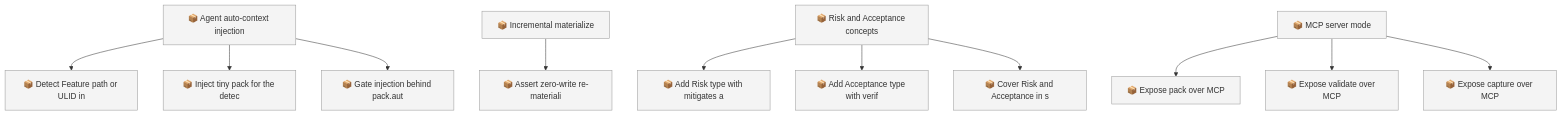
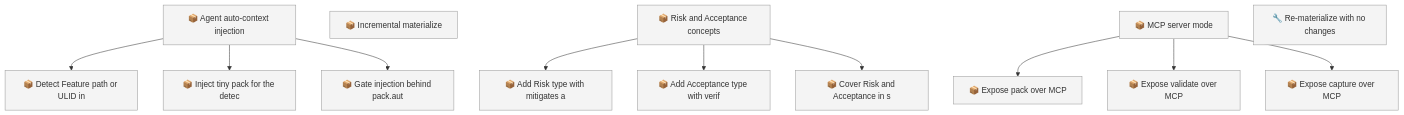
The first of 2 diagrams in docs/roadmap.md (SpillwaveSolutions/project-knowledge-capture), drawn with Mermaid before and after one commit. The commit also changed other lines of this file and 17 other files, not shown here.

````diff
--- a/docs/roadmap.md
+++ b/docs/roadmap.md
@@ -83,29 +81,28 @@
 ```mermaid
 graph TD
     01KZ75NC58VJD8E219BYAYPBPA["📦 Agent auto-context injection"]
     01KZ75NQ2VDVFD3R9F0SV38YEN["📦 Incremental materialize"]
     01KZ75NQ7VFPF3YESB5P90DR29["📦 Risk and Acceptance concepts"]
     01KZ75NQCMYGFYRCVJATEBVBRB["📦 MCP server mode"]
     01KZ75R1ZYFEZVPWDY73CK4P4N["📦 Detect Feature path or ULID in"]
     01KZ75R254CS97W8MNX9CV3SNF["📦 Inject tiny pack for the detec"]
     01KZ75R2ADREHM3JD22V5C5HE7["📦 Gate injection behind pack.aut"]
-    01KZ75R2TEF13SKZYZ3DSBS5BZ["📦 Assert zero-write re-materiali"]
     01KZ75R2ZJGMNBHD82WZXPCNX4["📦 Add Risk type with mitigates a"]
     01KZ75R34PGN7WH6HCP44B85A2["📦 Add Acceptance type with verif"]
     01KZ75R39PENN65G92HKA108H3["📦 Cover Risk and Acceptance in s"]
     01KZ75R3EXEG4GVGRP2S9CCKZ4["📦 Expose pack over MCP"]
     01KZ75R3M6BYQ643NKDCCSEEZC["📦 Expose validate over MCP"]
     01KZ75R3S2X1G4PCTGMMSR8BWA["📦 Expose capture over MCP"]
+    01KZD15ZR0JEKW6FA0HXM7W9CG["🔧 Re-materialize with no changes"]
     01KZ75NC58VJD8E219BYAYPBPA --> 01KZ75R1ZYFEZVPWDY73CK4P4N
     01KZ75NC58VJD8E219BYAYPBPA --> 01KZ75R254CS97W8MNX9CV3SNF
     01KZ75NC58VJD8E219BYAYPBPA --> 01KZ75R2ADREHM3JD22V5C5HE7
-    01KZ75NQ2VDVFD3R9F0SV38YEN --> 01KZ75R2TEF13SKZYZ3DSBS5BZ
     01KZ75NQ7VFPF3YESB5P90DR29 --> 01KZ75R2ZJGMNBHD82WZXPCNX4
     01KZ75NQ7VFPF3YESB5P90DR29 --> 01KZ75R34PGN7WH6HCP44B85A2
     01KZ75NQ7VFPF3YESB5P90DR29 --> 01KZ75R39PENN65G92HKA108H3
     01KZ75NQCMYGFYRCVJATEBVBRB --> 01KZ75R3EXEG4GVGRP2S9CCKZ4
     01KZ75NQCMYGFYRCVJATEBVBRB --> 01KZ75R3M6BYQ643NKDCCSEEZC
     01KZ75NQCMYGFYRCVJATEBVBRB --> 01KZ75R3S2X1G4PCTGMMSR8BWA
     classDef todo fill:#f4f4f4,stroke:#999999
-    class 01KZ75NC58VJD8E219BYAYPBPA,01KZ75NQ2VDVFD3R9F0SV38YEN,01KZ75NQ7VFPF3YESB5P90DR29,01KZ75NQCMYGFYRCVJATEBVBRB,01KZ75R1ZYFEZVPWDY73CK4P4N,01KZ75R254CS97W8MNX9CV3SNF,01KZ75R2ADREHM3JD22V5C5HE7,01KZ75R2TEF13SKZYZ3DSBS5BZ,01KZ75R2ZJGMNBHD82WZXPCNX4,01KZ75R34PGN7WH6HCP44B85A2,01KZ75R39PENN65G92HKA108H3,01KZ75R3EXEG4GVGRP2S9CCKZ4,01KZ75R3M6BYQ643NKDCCSEEZC,01KZ75R3S2X1G4PCTGMMSR8BWA todo
+    class 01KZ75NC58VJD8E219BYAYPBPA,01KZ75NQ2VDVFD3R9F0SV38YEN,01KZ75NQ7VFPF3YESB5P90DR29,01KZ75NQCMYGFYRCVJATEBVBRB,01KZ75R1ZYFEZVPWDY73CK4P4N,01KZ75R254CS97W8MNX9CV3SNF,01KZ75R2ADREHM3JD22V5C5HE7,01KZ75R2ZJGMNBHD82WZXPCNX4,01KZ75R34PGN7WH6HCP44B85A2,01KZ75R39PENN65G92HKA108H3,01KZ75R3EXEG4GVGRP2S9CCKZ4,01KZ75R3M6BYQ643NKDCCSEEZC,01KZ75R3S2X1G4PCTGMMSR8BWA,01KZD15ZR0JEKW6FA0HXM7W9CG todo
 ```
````
